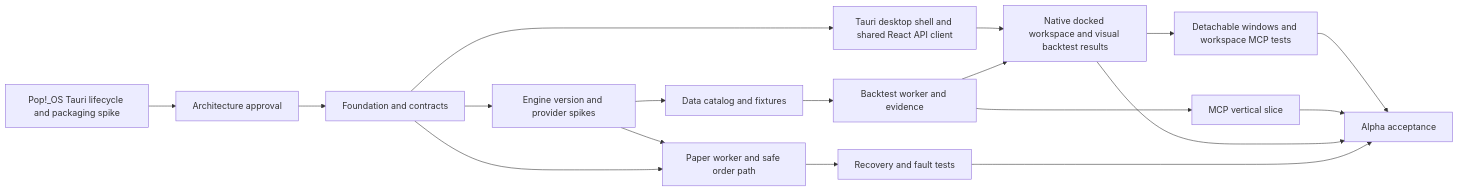
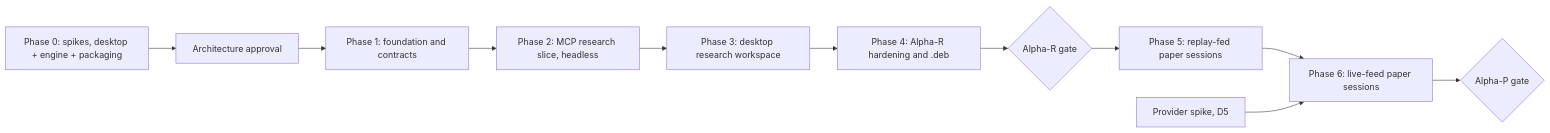
Before and after one commit to njdaniel/clipper-terminal: the diagram in docs/architecture/implementation-plan.md, drawn with Mermaid. The commit also changed other lines of this file and 4 other files, not shown here.

First line of the commit message:
docs: reconcile desktop-first architecture with review and decisions (#1)

````diff
--- a/docs/architecture/implementation-plan.md
+++ b/docs/architecture/implementation-plan.md
@@ -7,20 +14,13 @@
 ```mermaid
 flowchart LR
-  X[Pop!_OS Tauri lifecycle and packaging spike] --> A[Architecture approval]
-  A --> F[Foundation and contracts]
-  F --> S[Engine version and provider spikes]
-  F --> U[Tauri desktop shell and shared React API client]
-  S --> D[Data catalog and fixtures]
-  D --> B[Backtest worker and evidence]
-  B --> M[MCP vertical slice]
-  U --> V[Native docked workspace and visual backtest results]
-  V --> W[Detachable windows and workspace MCP tests]
-  W --> G[Alpha acceptance]
-  B --> V
-  S --> P[Paper worker and safe order path]
-  F --> P
-  P --> R[Recovery and fault tests]
-  M --> G[Alpha acceptance]
-  V --> G
-  R --> G
+  S0[Phase 0: spikes, desktop + engine + packaging] --> AP[Architecture approval]
+  AP --> F[Phase 1: foundation and contracts]
+  F --> M[Phase 2: MCP research slice, headless]
+  M --> D[Phase 3: desktop research workspace]
+  D --> R[Phase 4: Alpha-R hardening and .deb]
+  R --> GR{Alpha-R gate}
+  GR --> P1[Phase 5: replay-fed paper sessions]
+  P1 --> P2[Phase 6: live-feed paper sessions]
+  PS[Provider spike, D5] --> P2
+  P2 --> GP{Alpha-P gate}
 ```
````
